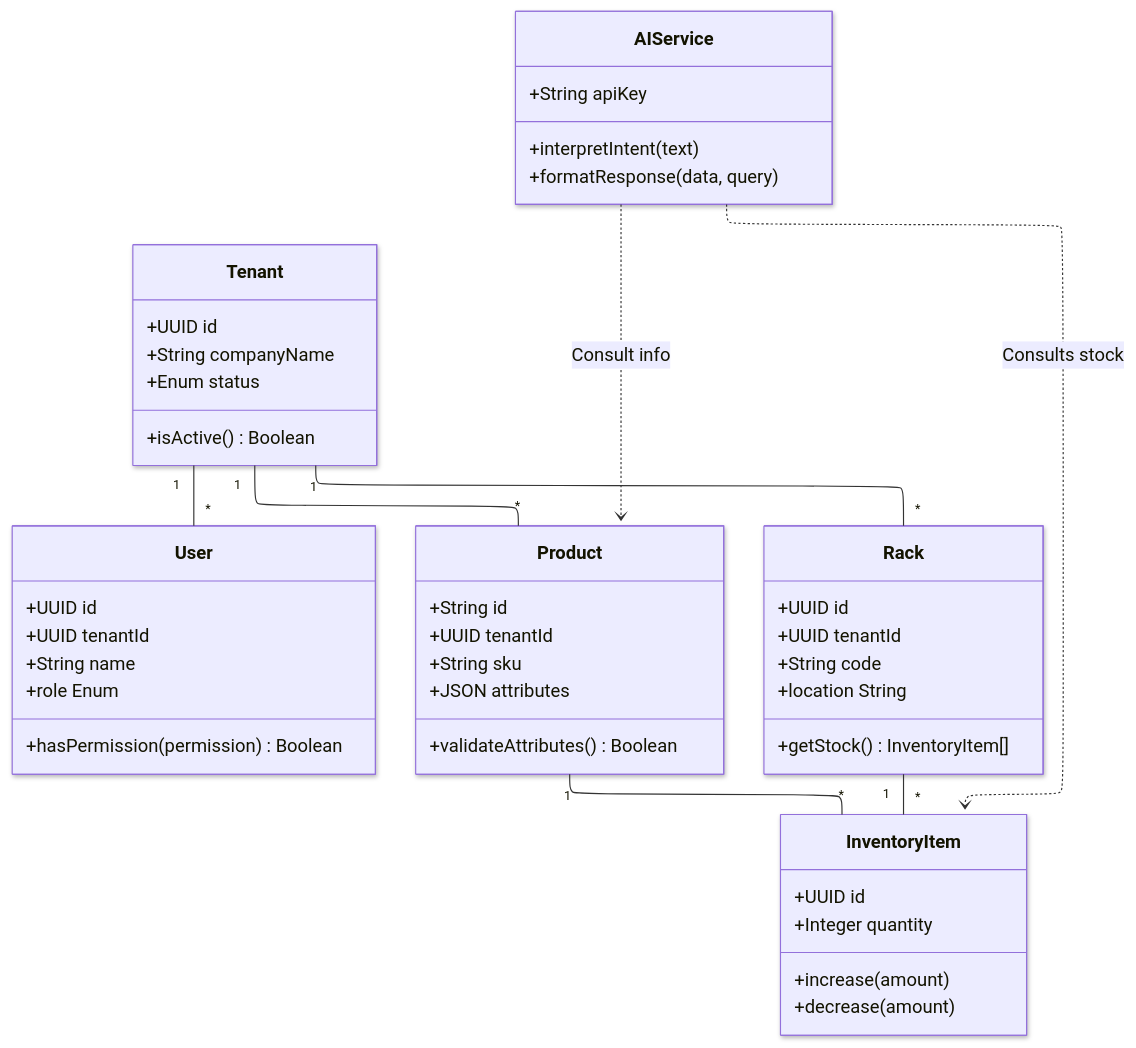
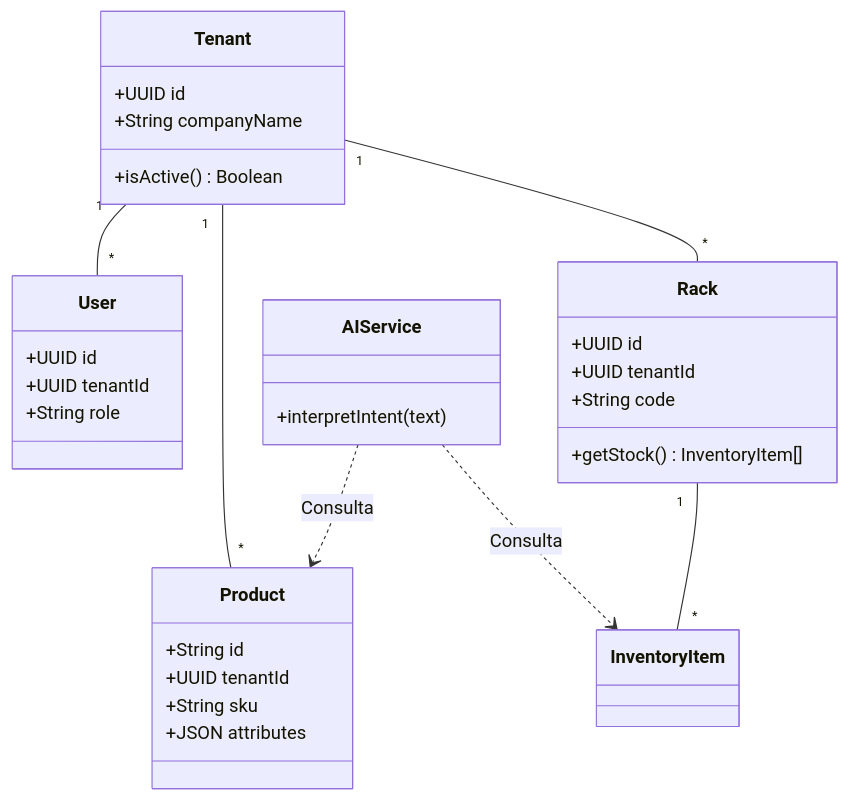
Before and after one commit to NahuelCabrera13/ProyectFinal: the second of 3 diagrams in Documentation.md, drawn with Mermaid. The commit also changed other lines of this file and 1 other file, not shown here.

````diff
--- a/Documentation.md
+++ b/Documentation.md
@@ -148,60 +61,40 @@
 ```mermaid
----
-config:
-  layout: elk
-  look: neo
-  theme: default
----
 classDiagram
+    %% Styles
     classDef core fill:#fff3e0,stroke:#e65100,stroke-width:2px;
-    classDef data fill:#fff3e0,stroke:#e65100,stroke-width:2px;
-    classDef ai #fff3e0,stroke:#e65100,stroke-width:2px;
+    classDef data fill:#e8f5e9,stroke:#1b5e20,stroke-width:2px;
+    classDef ai fill:#f3e5f5,stroke:#4a148c,stroke-width:2px;
 
     class Tenant:::core {
         +UUID id
         +String companyName
-        +Enum status
         +isActive() Boolean
     }
     class User:::core {
         +UUID id
         +UUID tenantId
-        +String name
-        +role Enum
-        +hasPermission(permission) Boolean
+        +String role
     }
     class Product:::data {
         +String id
         +UUID tenantId
         +String sku
         +JSON attributes
-        +validateAttributes() Boolean
     }
     class Rack:::data {
         +UUID id
         +UUID tenantId
         +String code
-        +location String
         +getStock() InventoryItem[]
     }
-    class InventoryItem:::data {
-        +UUID id
-        +Integer quantity
-        +increase(amount)
-        +decrease(amount)
-    }
     class AIService:::ai {
-        +String apiKey
         +interpretIntent(text)
-        +formatResponse(data, query)
     }
 
     Tenant "1" -- "*" User
     Tenant "1" -- "*" Product
     Tenant "1" -- "*" Rack
-    Product "1" -- "*" InventoryItem
     Rack "1" -- "*" InventoryItem
-
-    AIService ..> Product: Consult info
-    AIService ..> InventoryItem : Consults stock
+    AIService ..> Product : Consulta
+    AIService ..> InventoryItem : Consulta
 ```
````
